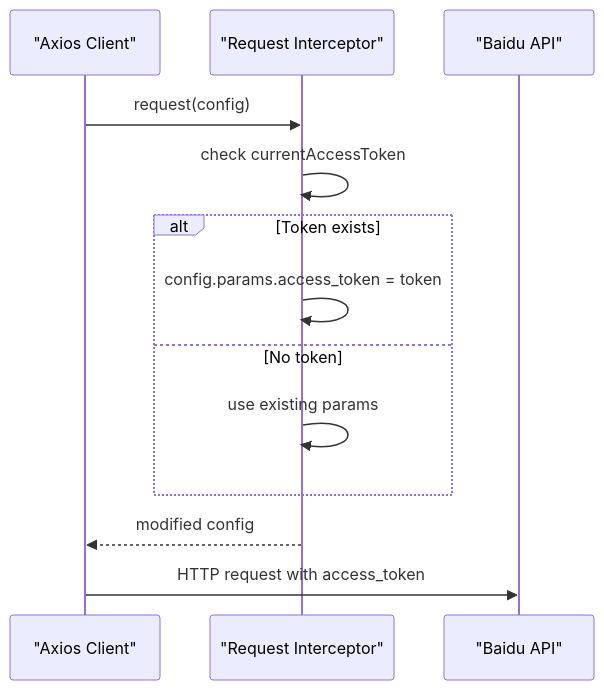
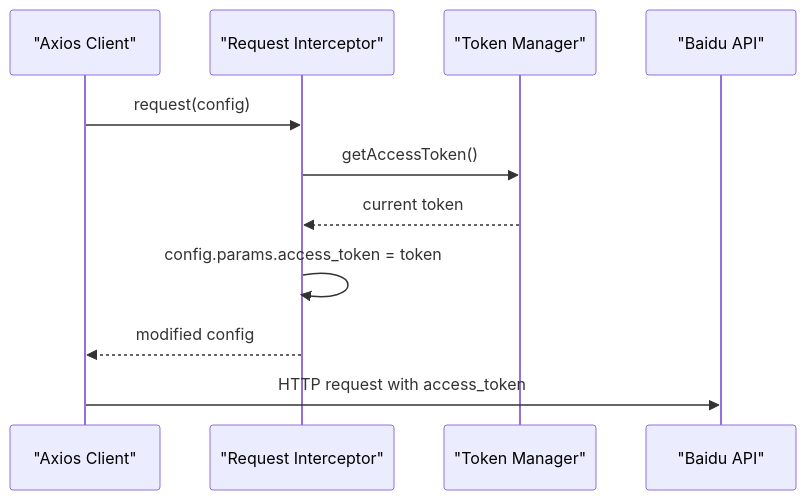
Before and after one commit to yuexiaoliang/baiduwangpan-manager: the seventh of 11 diagrams in .qoder/repowiki/en/content/API Integration/HTTP Client Architecture.md, drawn with Mermaid. The commit also changed other lines of this file and 30 other files, not shown here.

````diff
--- a/.qoder/repowiki/en/content/API Integration/HTTP Client Architecture.md
+++ b/.qoder/repowiki/en/content/API Integration/HTTP Client Architecture.md
@@ -240,15 +372,13 @@
 ```mermaid
 sequenceDiagram
 participant Client as "Axios Client"
 participant RequestInt as "Request Interceptor"
+participant TokenMgr as "Token Manager"
 participant API as "Baidu API"
 Client->>RequestInt : request(config)
-RequestInt->>RequestInt : check currentAccessToken
-alt Token exists
+RequestInt->>TokenMgr : getAccessToken()
+TokenMgr-->>RequestInt : current token
 RequestInt->>RequestInt : config.params.access_token = token
-else No token
-RequestInt->>RequestInt : use existing params
-end
 RequestInt-->>Client : modified config
 Client->>API : HTTP request with access_token
 ```
````
